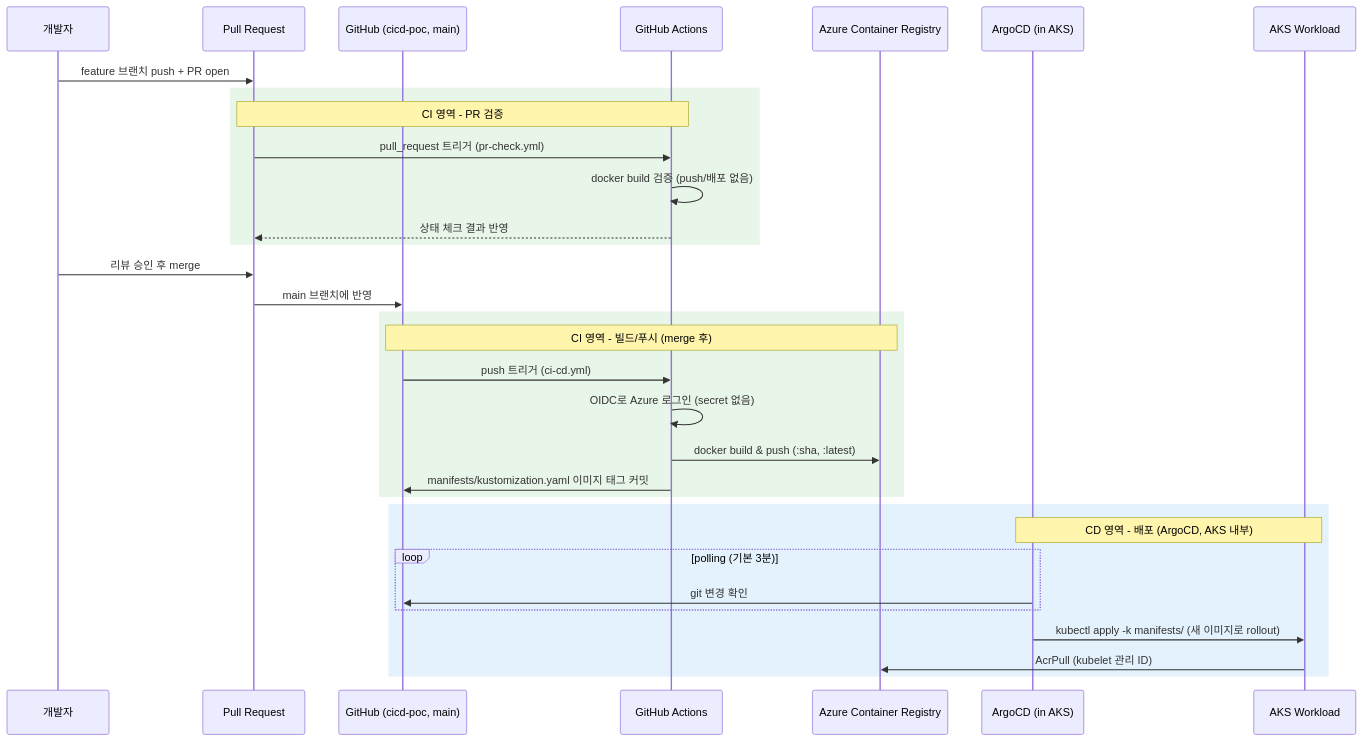
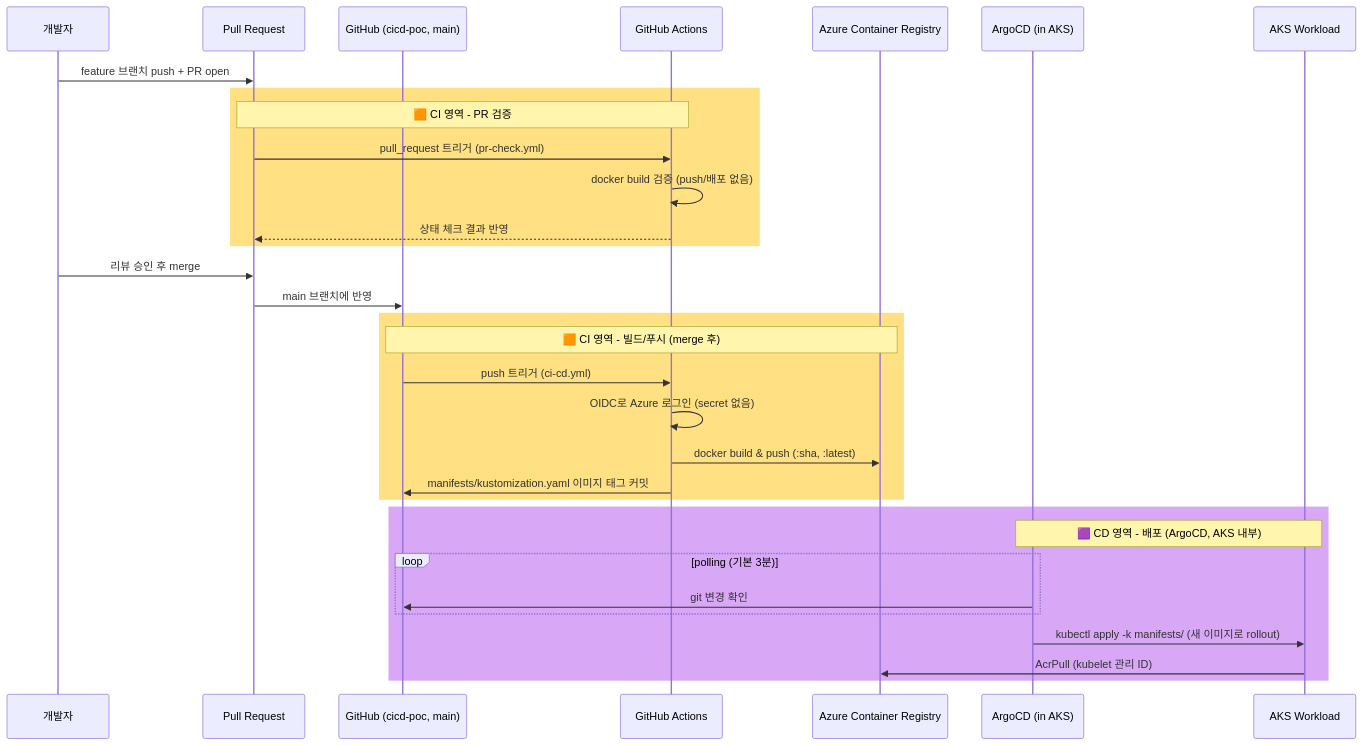
The second of 2 diagrams in README.md (danny-hub250/cicd-poc), drawn with Mermaid before and after one commit. The commit also changed other lines of this file, not shown here.

Commit message:
docs: make CI/CD region colors stand out in the diagrams
- Flowchart: style the CI and CD subgraphs with distinct amber/purple
  fill+border instead of the default uncolored subgraph box
- Sequence diagram: switch the CI/CD rect backgrounds to the same amber/
  purple hues (previously pale green/blue that barely stood out) and prefix
  the region notes with a colored square emoji for a quick visual anchor

````diff
--- a/README.md
+++ b/README.md
@@ -277,39 +280,39 @@
 ```mermaid
 sequenceDiagram
     participant Dev as 개발자
     participant PR as Pull Request
     participant GH as GitHub (cicd-poc, main)
     participant GHA as GitHub Actions
     participant ACR as Azure Container Registry
     participant Argo as ArgoCD (in AKS)
     participant K8s as AKS Workload
 
     Dev->>PR: feature 브랜치 push + PR open
 
-    rect rgb(232, 245, 233)
-        note over PR,GHA: CI 영역 - PR 검증
+    rect rgb(255, 224, 130)
+        note over PR,GHA: 🟧 CI 영역 - PR 검증
         PR->>GHA: pull_request 트리거 (pr-check.yml)
         GHA->>GHA: docker build 검증 (push/배포 없음)
         GHA-->>PR: 상태 체크 결과 반영
     end
 
     Dev->>PR: 리뷰 승인 후 merge
     PR->>GH: main 브랜치에 반영
 
-    rect rgb(232, 245, 233)
-        note over GH,ACR: CI 영역 - 빌드/푸시 (merge 후)
+    rect rgb(255, 224, 130)
+        note over GH,ACR: 🟧 CI 영역 - 빌드/푸시 (merge 후)
         GH->>GHA: push 트리거 (ci-cd.yml)
         GHA->>GHA: OIDC로 Azure 로그인 (secret 없음)
         GHA->>ACR: docker build & push (:sha, :latest)
         GHA->>GH: manifests/kustomization.yaml 이미지 태그 커밋
     end
 
-    rect rgb(227, 242, 253)
-        note over Argo,K8s: CD 영역 - 배포 (ArgoCD, AKS 내부)
+    rect rgb(216, 167, 245)
+        note over Argo,K8s: 🟪 CD 영역 - 배포 (ArgoCD, AKS 내부)
         loop polling (기본 3분)
             Argo->>GH: git 변경 확인
         end
         Argo->>K8s: kubectl apply -k manifests/ (새 이미지로 rollout)
         K8s->>ACR: AcrPull (kubelet 관리 ID)
     end
 ```
````
